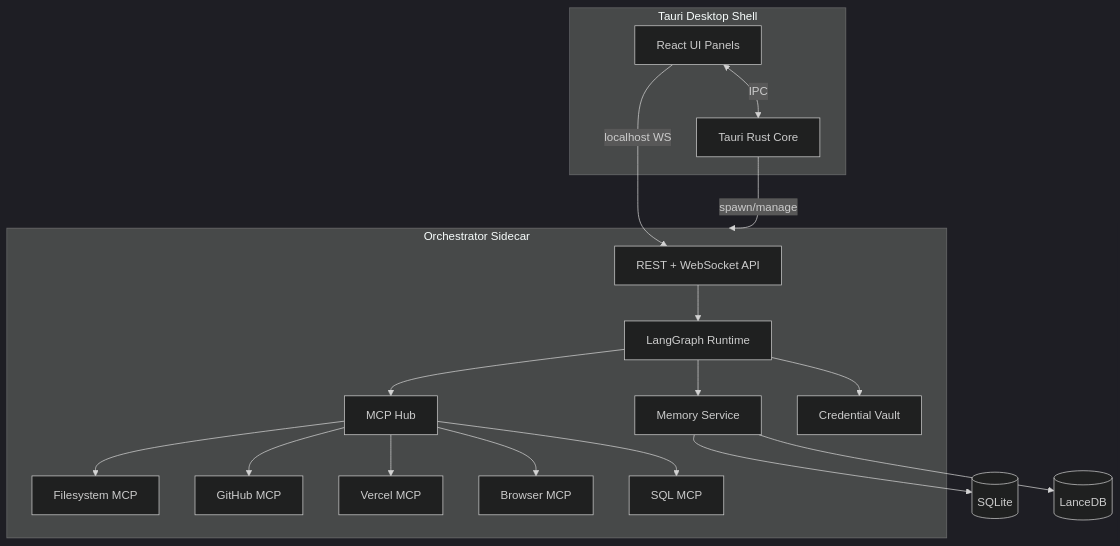
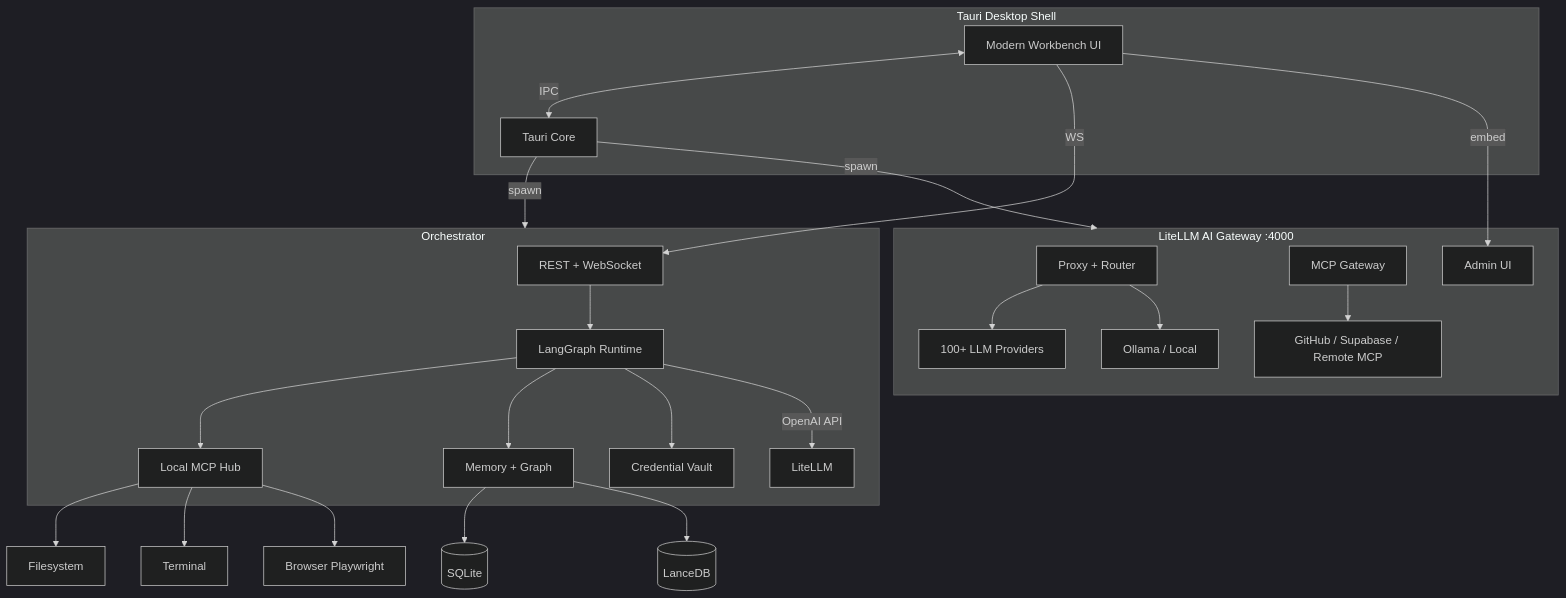
One commit to freqkflag/Atomic-Workstation changed the diagram in docs/plans/2026-07-24-001-feat-atomic-workstation-mvp-plan.md. Above: the diagram before and after it, drawn with Mermaid (dark theme). The commit also changed other lines of this file, not shown here.

First line of the commit message:
docs: expand plan with LiteLLM gateway and full product scope

````diff
--- a/docs/plans/2026-07-24-001-feat-atomic-workstation-mvp-plan.md
+++ b/docs/plans/2026-07-24-001-feat-atomic-workstation-mvp-plan.md
@@ -197,30 +205,40 @@
 ```mermaid
 flowchart TB
   subgraph Desktop["Tauri Desktop Shell"]
-    UI[React UI Panels]
-    Rust[Tauri Rust Core]
-    UI <-->|IPC| Rust
+    WB[Modern Workbench UI]
+    Rust[Tauri Core]
+    WB <-->|IPC| Rust
   end
 
-  subgraph Sidecar["Orchestrator Sidecar"]
-    API[REST + WebSocket API]
+  subgraph Sidecar["Orchestrator"]
+    API[REST + WebSocket]
     Agent[LangGraph Runtime]
-    MCPHub[MCP Hub]
-    Mem[Memory Service]
+    LocalMCP[Local MCP Hub]
+    Mem[Memory + Graph]
     Vault[Credential Vault]
     API --> Agent
-    Agent --> MCPHub
+    Agent --> LocalMCP
     Agent --> Mem
     Agent --> Vault
-    MCPHub --> MCP_FS[Filesystem MCP]
-    MCPHub --> MCP_GH[GitHub MCP]
-    MCPHub --> MCP_VC[Vercel MCP]
-    MCPHub --> MCP_BR[Browser MCP]
-    MCPHub --> MCP_SQL[SQL MCP]
+    Agent -->|OpenAI API| LiteLLM
   end
 
-  Rust -->|spawn/manage| Sidecar
-  UI -->|localhost WS| API
+  subgraph Gateway["LiteLLM AI Gateway :4000"]
+    Proxy[Proxy + Router]
+    MCPgw[MCP Gateway]
+    Admin[Admin UI]
+    Proxy --> Providers[100+ LLM Providers]
+    Proxy --> Ollama[Ollama / Local]
+    MCPgw --> ExtMCP[GitHub / Supabase / Remote MCP]
+  end
+
+  LocalMCP --> FS[Filesystem]
+  LocalMCP --> PTY[Terminal]
+  LocalMCP --> BR[Browser Playwright]
+  Rust -->|spawn| Sidecar
+  Rust -->|spawn| Gateway
+  WB -->|WS| API
+  WB -->|embed| Admin
   Mem --> SQLite[(SQLite)]
   Mem --> Lance[(LanceDB)]
 ```
````
